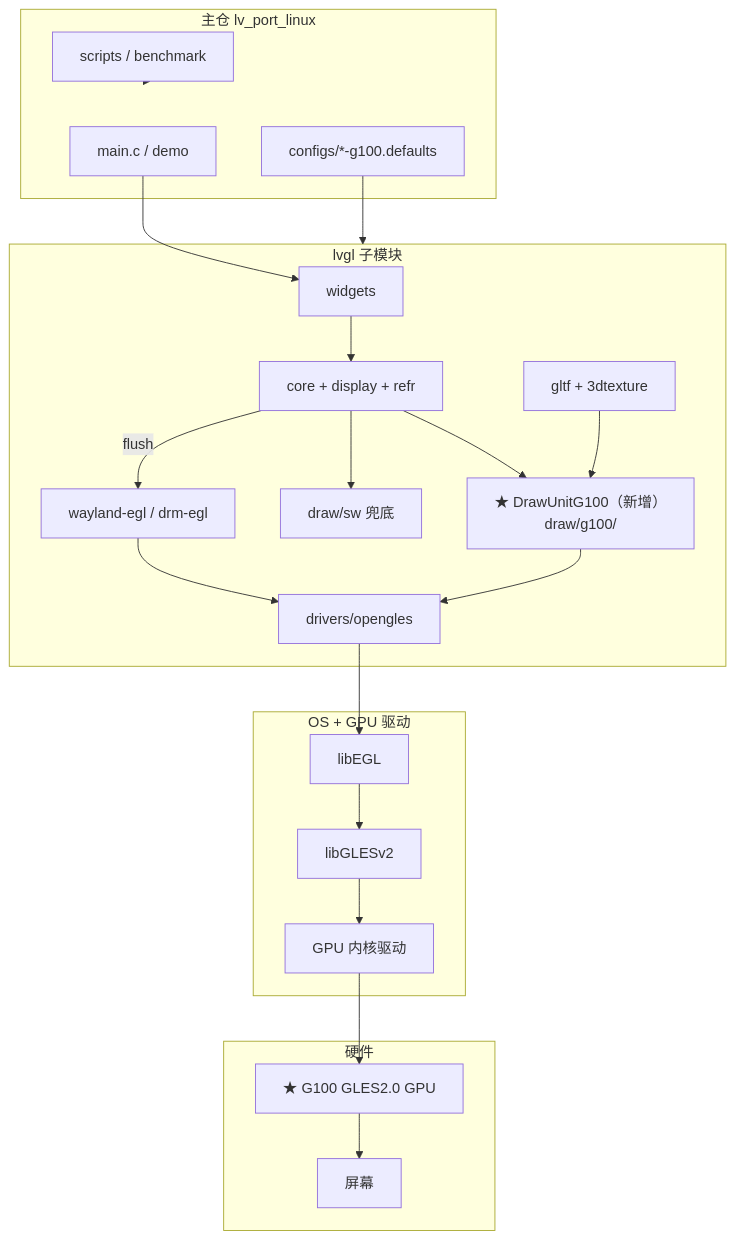
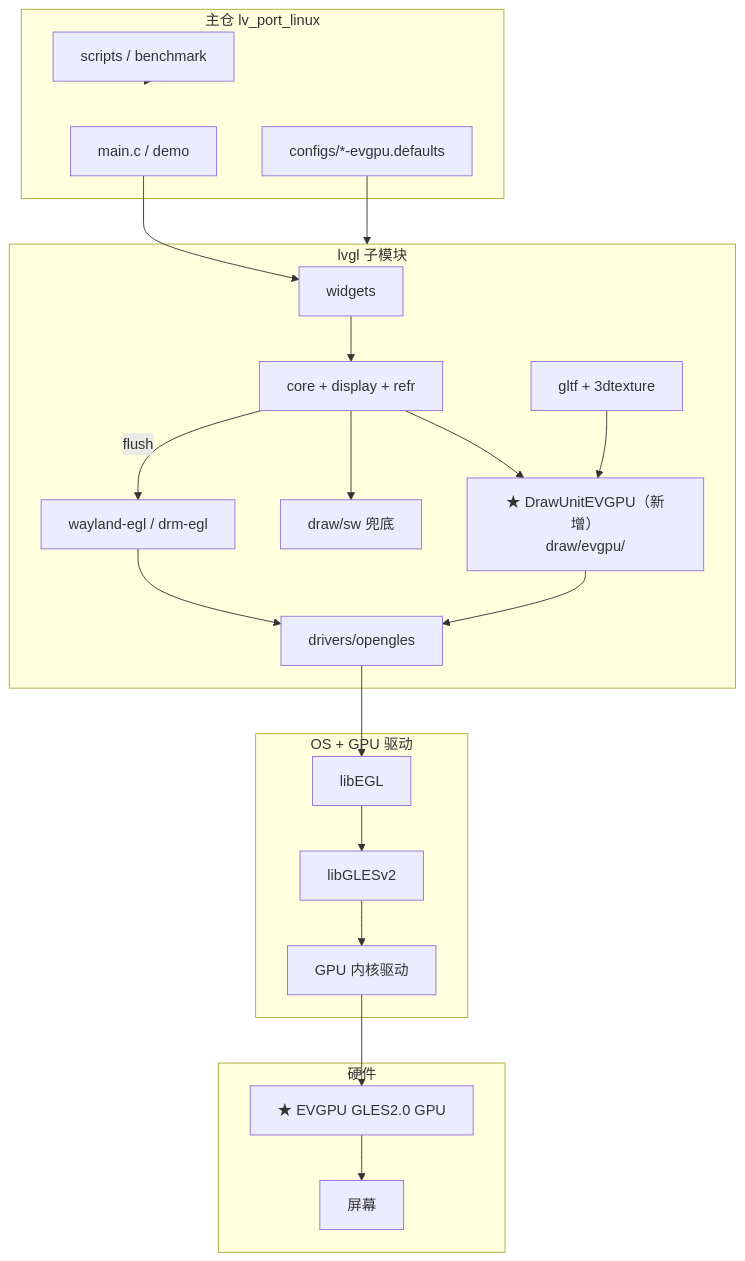
The first of 6 diagrams in docs/gles2_gpu_porting_plan.md (ganzhong007/lv_port_linux), drawn with Mermaid before and after one commit. The commit also changed other lines of this file and 13 other files, not shown here.

First line of the commit message:
refactor(evgpu): rename G100 docs/configs/scripts to EVGPU

````diff
--- a/docs/gles2_gpu_porting_plan.md
+++ b/docs/gles2_gpu_porting_plan.md
@@ -60,39 +60,39 @@
 ```mermaid
 flowchart TB
     subgraph APP["主仓 lv_port_linux"]
         MAIN["main.c / demo"]
-        CFG["configs/*-g100.defaults"]
+        CFG["configs/*-evgpu.defaults"]
         SCR["scripts / benchmark"]
     end
 
     subgraph LVGL["lvgl 子模块"]
         W["widgets"]
         CORE["core + display + refr"]
-        DU["★ DrawUnitG100（新增）<br/>draw/g100/"]
+        DU["★ DrawUnitEVGPU（新增）<br/>draw/evgpu/"]
         SW["draw/sw 兜底"]
         DRV["drivers/opengles"]
         BE["wayland-egl / drm-egl"]
         GLTF["gltf + 3dtexture"]
     end
 
     subgraph OS["OS + GPU 驱动"]
         EGL["libEGL"]
         GLES["libGLESv2"]
         KMD["GPU 内核驱动"]
     end
 
     subgraph HW["硬件"]
-        G100["★ G100 GLES2.0 GPU"]
+        EVGPU["★ EVGPU GLES2.0 GPU"]
         DISP["屏幕"]
     end
 
     MAIN --> W --> CORE
     CFG --> LVGL
     CORE --> DU
     CORE --> SW
     DU --> DRV
     GLTF --> DU
     CORE -->|flush| BE --> DRV
-    DRV --> EGL --> GLES --> KMD --> G100 --> DISP
+    DRV --> EGL --> GLES --> KMD --> EVGPU --> DISP
     SCR --> APP
 ```
````
